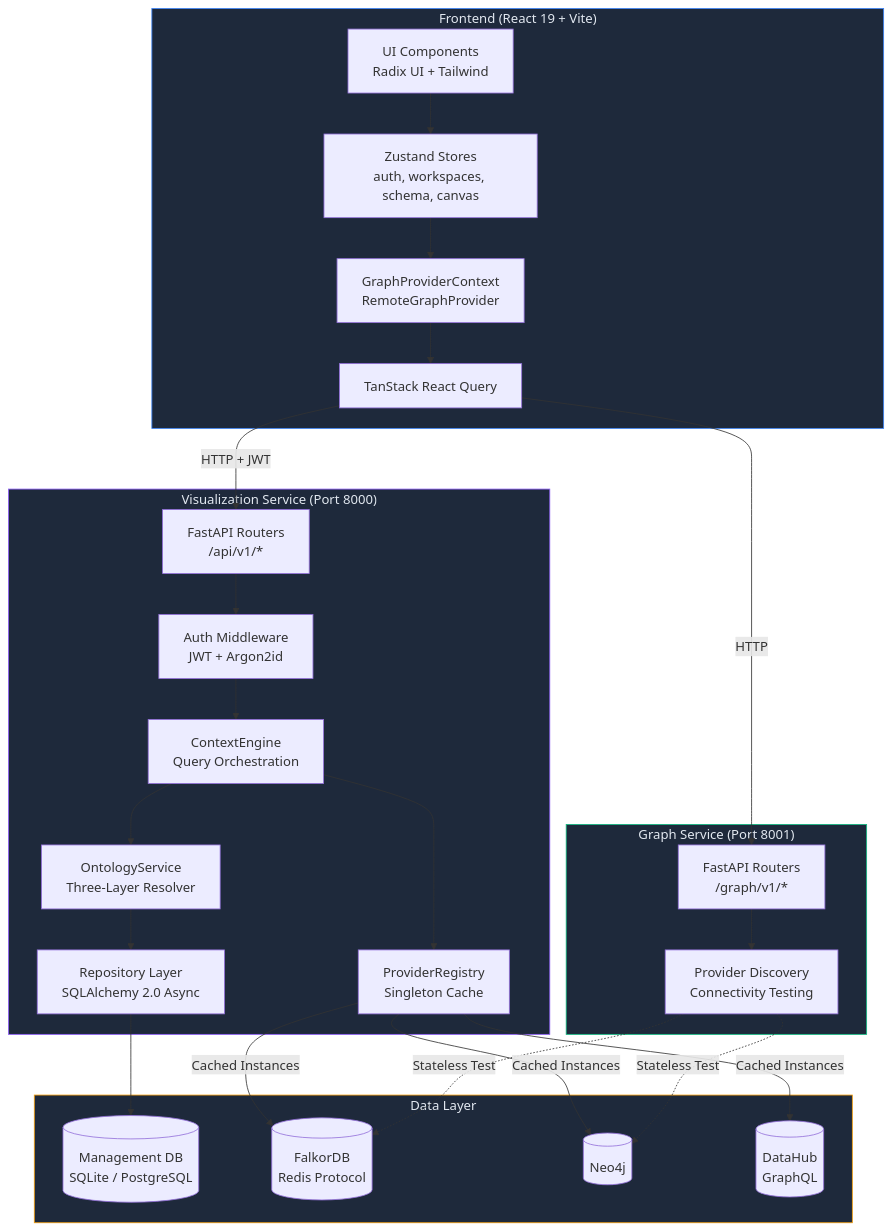
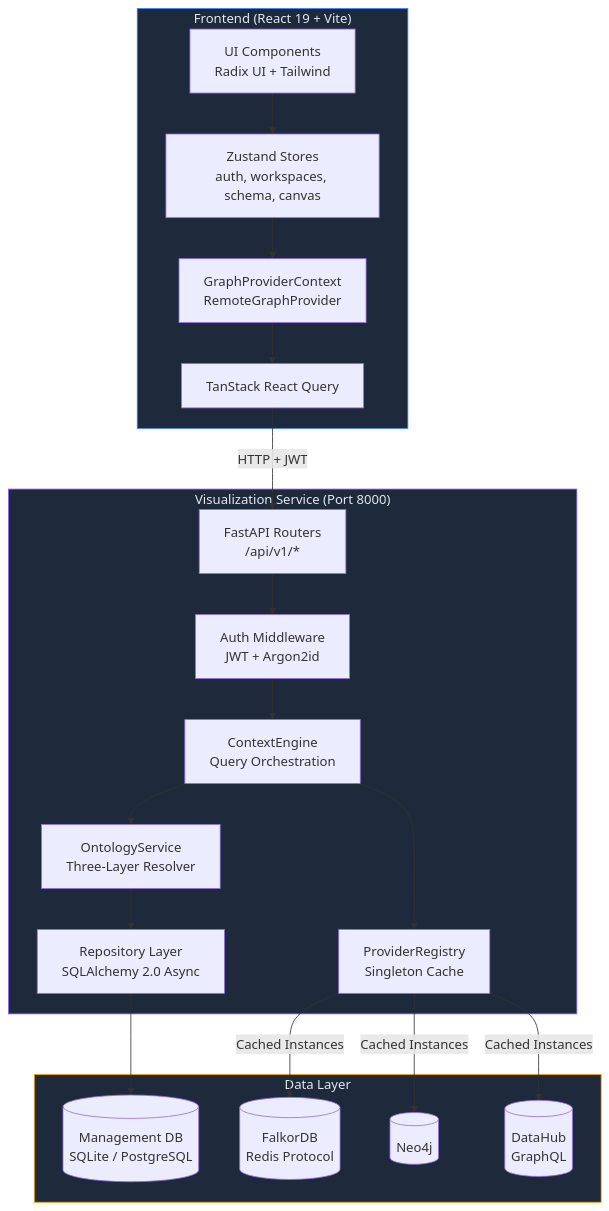
The first of 6 diagrams in docs/ARCHITECTURE.md (rkrumins/dataviz), drawn with Mermaid before and after one commit. The commit also changed other lines of this file and 14 other files, not shown here.

````diff
--- a/docs/ARCHITECTURE.md
+++ b/docs/ARCHITECTURE.md
@@ -11,55 +11,44 @@
 ```mermaid
 graph TB
     subgraph Frontend["Frontend (React 19 + Vite)"]
         UI[UI Components<br/>Radix UI + Tailwind]
         Stores[Zustand Stores<br/>auth, workspaces, schema, canvas]
         GPC[GraphProviderContext<br/>RemoteGraphProvider]
         RQ[TanStack React Query]
     end
 
     subgraph VizService["Visualization Service (Port 8000)"]
         Auth[Auth Middleware<br/>JWT + Argon2id]
         API[FastAPI Routers<br/>/api/v1/*]
         CE[ContextEngine<br/>Query Orchestration]
         PR[ProviderRegistry<br/>Singleton Cache]
         OS[OntologyService<br/>Three-Layer Resolver]
         Repos[Repository Layer<br/>SQLAlchemy 2.0 Async]
     end
 
-    subgraph GraphService["Graph Service (Port 8001)"]
-        GS_API[FastAPI Routers<br/>/graph/v1/*]
-        GS_Providers[Provider Discovery<br/>Connectivity Testing]
-    end
-
     subgraph Storage["Data Layer"]
         MgmtDB[(Management DB<br/>SQLite / PostgreSQL)]
         FDB[(FalkorDB<br/>Redis Protocol)]
         Neo4j[(Neo4j)]
         DH[(DataHub<br/>GraphQL)]
     end
 
     UI --> Stores
     Stores --> GPC
     GPC --> RQ
     RQ -->|HTTP + JWT| API
-    RQ -->|HTTP| GS_API
 
     API --> Auth
     Auth --> CE
     CE --> PR
     CE --> OS
     OS --> Repos
     PR -->|Cached Instances| FDB
     PR -->|Cached Instances| Neo4j
     PR -->|Cached Instances| DH
     Repos --> MgmtDB
 
-    GS_API --> GS_Providers
-    GS_Providers -.->|Stateless Test| FDB
-    GS_Providers -.->|Stateless Test| Neo4j
-
     style Frontend fill:#1e293b,stroke:#3b82f6,color:#e2e8f0
     style VizService fill:#1e293b,stroke:#8b5cf6,color:#e2e8f0
-    style GraphService fill:#1e293b,stroke:#10b981,color:#e2e8f0
     style Storage fill:#1e293b,stroke:#f59e0b,color:#e2e8f0
 ```
````
